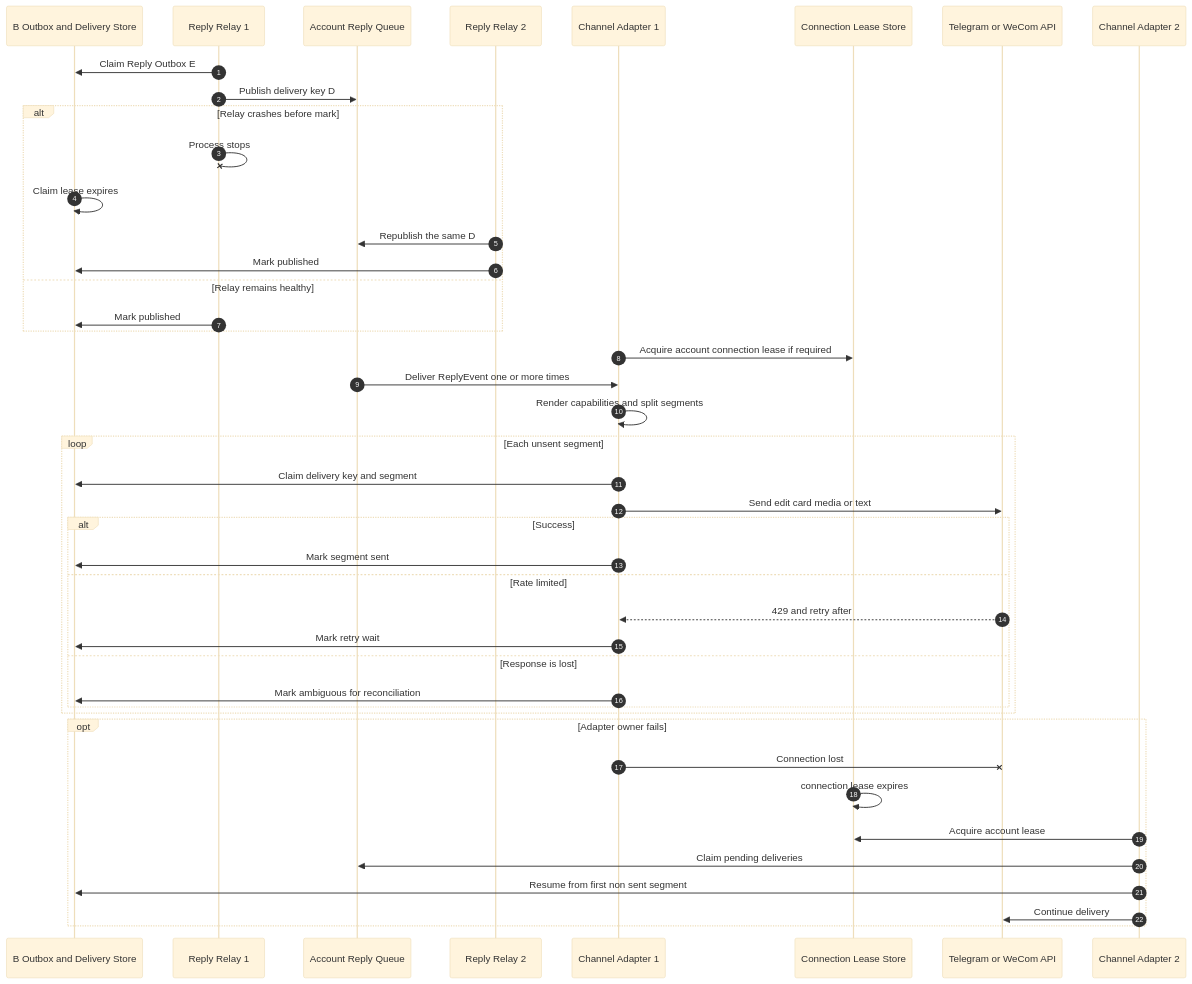
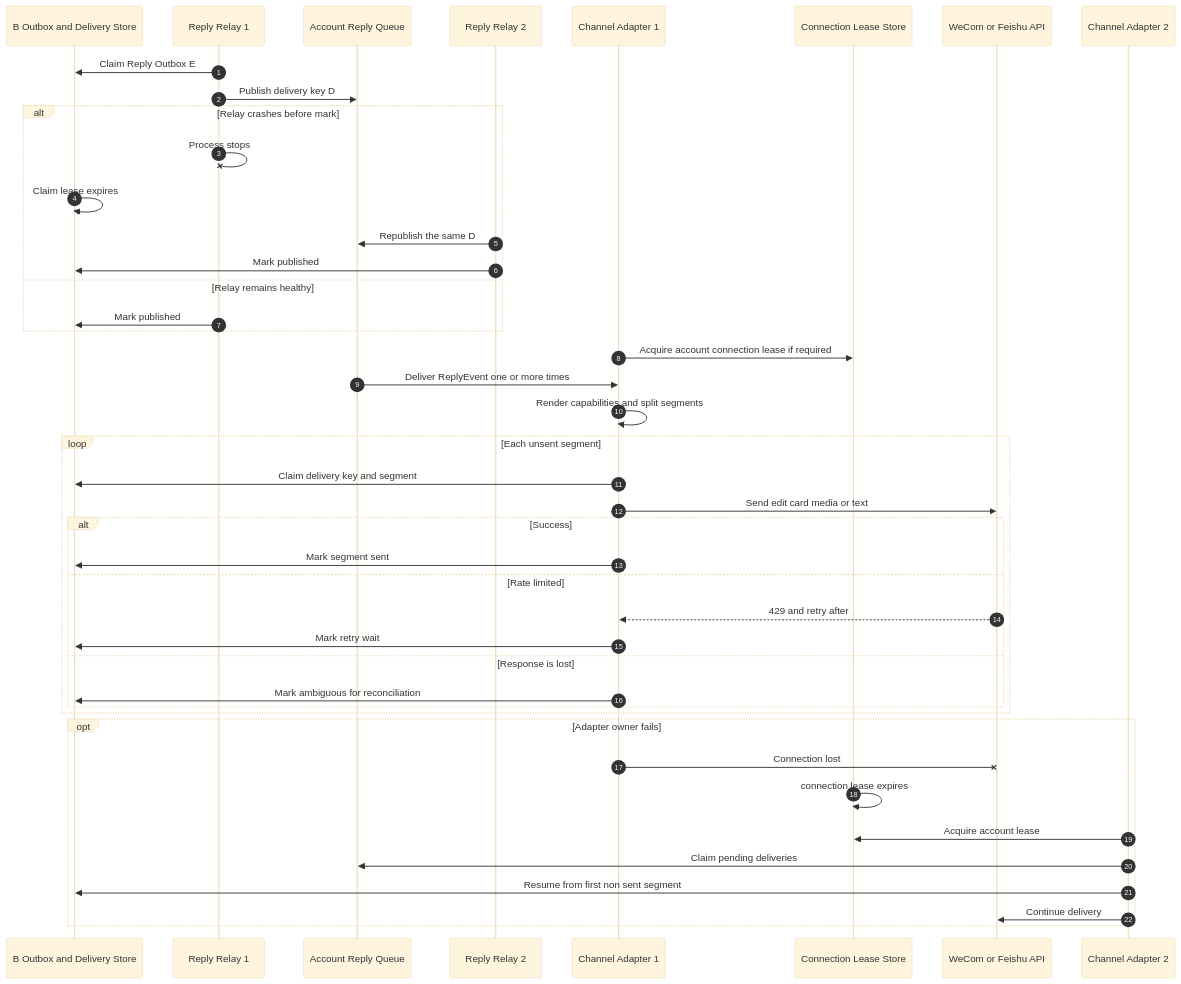
Before and after one commit to everfid-ever/trpc-agent-service: the sixth of 8 diagrams in docs/design/0.architecture.md, drawn with Mermaid (base theme). The commit also changed other lines of this file and 8 other files, not shown here.

````diff
--- a/docs/design/0.architecture.md
+++ b/docs/design/0.architecture.md
@@ -567,46 +567,46 @@
 ```mermaid
 sequenceDiagram
   autonumber
   participant B as B Outbox and Delivery Store
   participant RR1 as Reply Relay 1
   participant Q as Account Reply Queue
   participant RR2 as Reply Relay 2
   participant C1 as Channel Adapter 1
   participant L as Connection Lease Store
-  participant IM as Telegram or WeCom API
+  participant IM as WeCom or Feishu API
   participant C2 as Channel Adapter 2
 
   RR1->>B: Claim Reply Outbox E
   RR1->>Q: Publish delivery key D
   alt Relay crashes before mark
     RR1-xRR1: Process stops
     B->>B: Claim lease expires
     RR2->>Q: Republish the same D
     RR2->>B: Mark published
   else Relay remains healthy
     RR1->>B: Mark published
   end
   C1->>L: Acquire account connection lease if required
   Q->>C1: Deliver ReplyEvent one or more times
   C1->>C1: Render capabilities and split segments
   loop Each unsent segment
     C1->>B: Claim delivery key and segment
     C1->>IM: Send edit card media or text
     alt Success
       C1->>B: Mark segment sent
     else Rate limited
       IM-->>C1: 429 and retry after
       C1->>B: Mark retry wait
     else Response is lost
       C1->>B: Mark ambiguous for reconciliation
     end
   end
   opt Adapter owner fails
     C1-xIM: Connection lost
     L->>L: connection lease expires
     C2->>L: Acquire account lease
     C2->>Q: Claim pending deliveries
     C2->>B: Resume from first non sent segment
     C2->>IM: Continue delivery
   end
 ```
````
